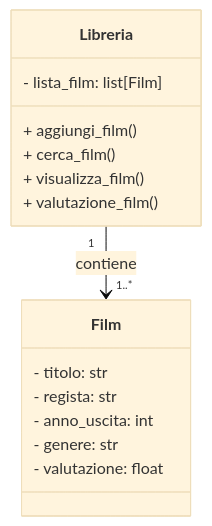
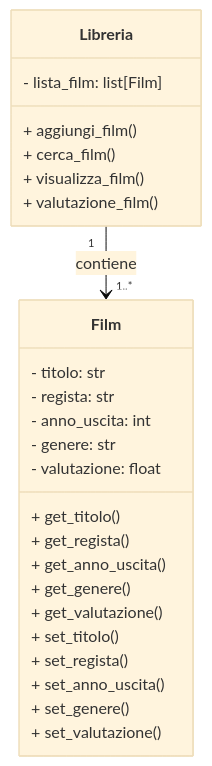
One commit to LucaBernardinii/esercizi_4M changed the diagram in esercizio_024/bernardini_es024.md. Above: the diagram before and after it, drawn with Mermaid (base theme). The commit also changed 1 other file, not shown here.

Commit message:
update 24

````diff
--- a/esercizio_024/bernardini_es024.md
+++ b/esercizio_024/bernardini_es024.md
@@ -1,21 +1,31 @@
 ```mermaid
 classDiagram
     class Film {
         - titolo: str
         - regista: str
         - anno_uscita: int
         - genere: str
         - valutazione: float
+        + get_titolo()
+        + get_regista()
+        + get_anno_uscita()
+        + get_genere()
+        + get_valutazione()
+        + set_titolo()
+        + set_regista()
+        + set_anno_uscita()
+        + set_genere()
+        + set_valutazione()
         }
     
     class Libreria {
         - lista_film: list[Film]
         + aggiungi_film()
         + cerca_film()
         + visualizza_film()
         + valutazione_film()
         }
 
 Libreria "1" --> "1..*" Film: contiene    
 
 ```
````
